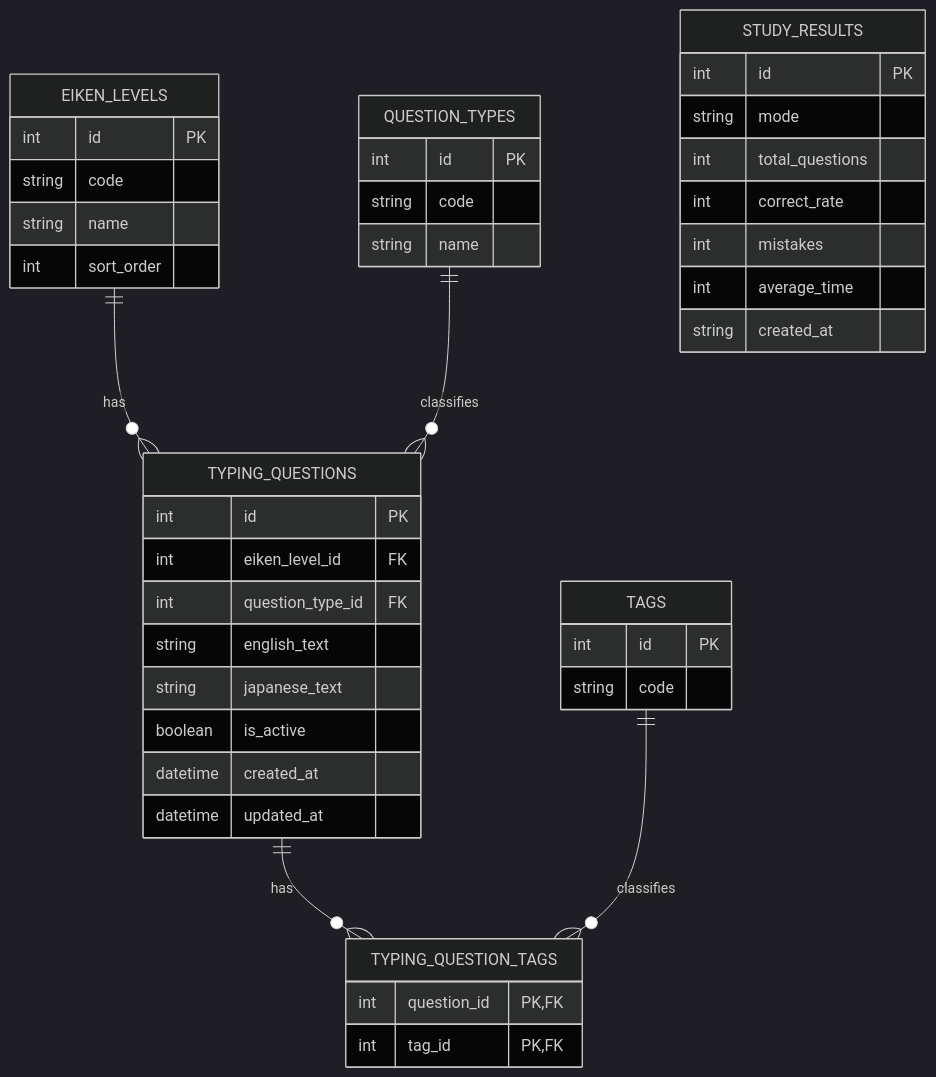
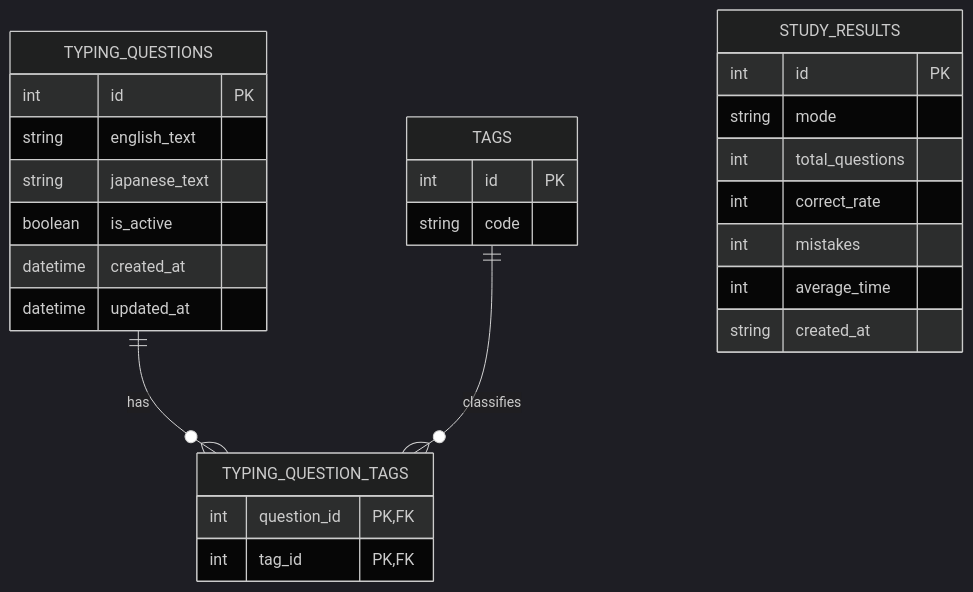
The diagram in docs/backend-er.md (tokitaku/typing-app), drawn with Mermaid (dark theme) before and after one commit. The commit also changed other lines of this file and 1 other file, not shown here.

Commit message:
Update documentation to reflect tag-based system
Agent-Logs-Url: https://github.com/tokitaku/typing-app/sessions/d9f4f951-eb6c-400d-ad67-1853fb32f2e1

````diff
--- a/docs/backend-er.md
+++ b/docs/backend-er.md
@@ -5,51 +5,34 @@
 ```mermaid
 erDiagram
-    EIKEN_LEVELS ||--o{ TYPING_QUESTIONS : has
-    QUESTION_TYPES ||--o{ TYPING_QUESTIONS : classifies
     TYPING_QUESTIONS ||--o{ TYPING_QUESTION_TAGS : has
     TAGS ||--o{ TYPING_QUESTION_TAGS : classifies
 
-    EIKEN_LEVELS {
-        int id PK
-        string code
-        string name
-        int sort_order
-    }
-
-    QUESTION_TYPES {
-        int id PK
-        string code
-        string name
-    }
-
     TYPING_QUESTIONS {
         int id PK
-        int eiken_level_id FK
-        int question_type_id FK
         string english_text
         string japanese_text
         boolean is_active
         datetime created_at
         datetime updated_at
     }
 
     TAGS {
         int id PK
         string code
     }
 
     TYPING_QUESTION_TAGS {
         int question_id PK, FK
         int tag_id PK, FK
     }
 
     STUDY_RESULTS {
         int id PK
         string mode
         int total_questions
         int correct_rate
         int mistakes
         int average_time
         string created_at
     }
 ```
````
